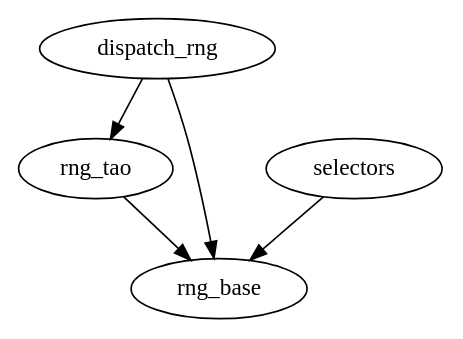
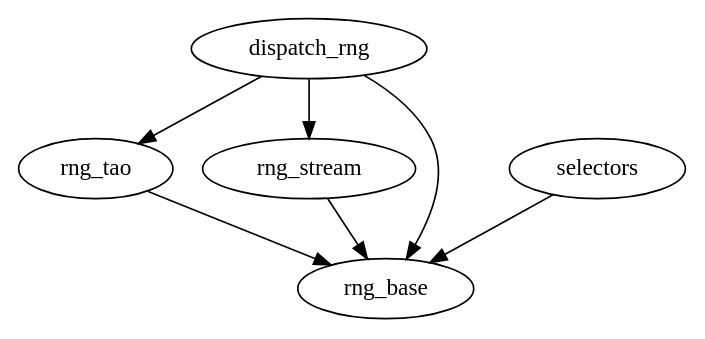
One commit to bendavid/whizard changed the diagram in share/doc/rng.dot. Above: the diagram before and after it, drawn with Graphviz. The commit also changed 1249 other files, not shown here.

```diff
--- a/share/doc/rng.dot
+++ b/share/doc/rng.dot
@@ -1,7 +1,9 @@
 
 digraph G {
 dispatch_rng -> rng_tao
+rng_stream -> rng_base
 selectors -> rng_base
 rng_tao -> rng_base
 dispatch_rng -> rng_base
+dispatch_rng -> rng_stream
  }
```
